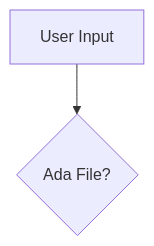
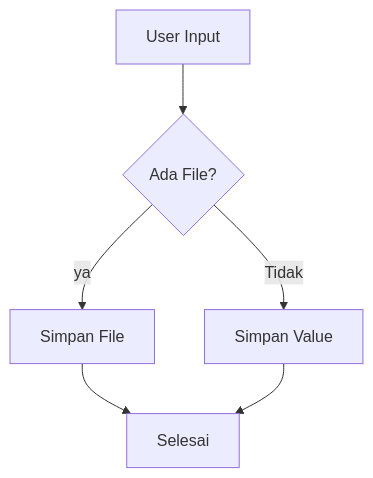
The diagram in README.md (Ansco343/mini-ERP), drawn with Mermaid before and after one commit.

Commit message:
Update diagram in README.md

````diff
--- a/README.md
+++ b/README.md
@@ -105,4 +105,8 @@
 ```mermaid
 graph TD
     A[User Input] --> B{Ada File?}
+    B -- ya --> C[Simpan File]
+    B -- Tidak --> D[Simpan Value]
+    C --> E[Selesai]
+    D --> E
 ```
````
